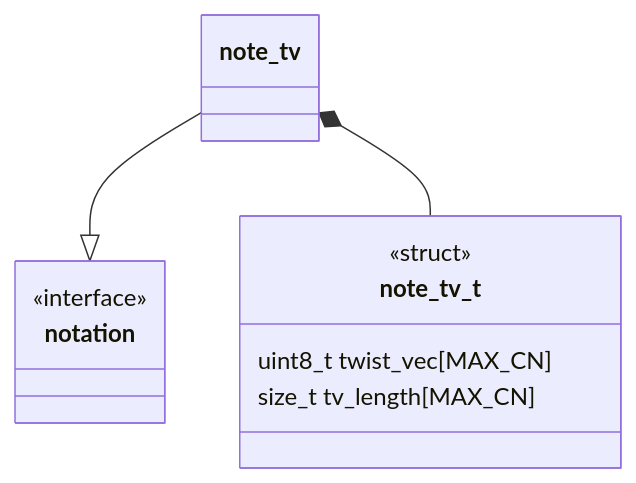
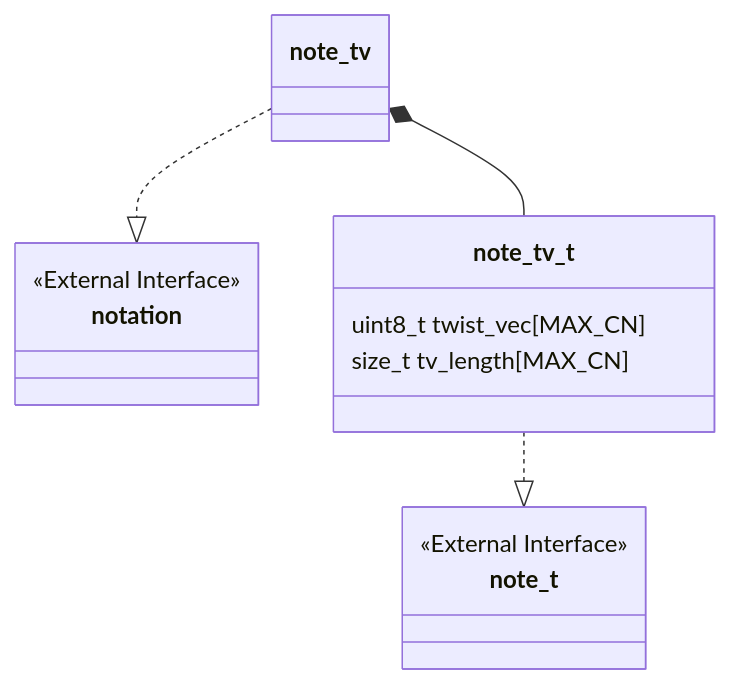
Before and after one commit to Joecstarr/thesis: the first of 4 diagrams in sections/software/documentation/notations/twist_vector.md, drawn with Mermaid. The commit also changed 17 other files, not shown here.

Commit message:
Improve: Adds decorators for class diagrams. Adds two computations for arborescent generation.

````diff
--- a/sections/software/documentation/notations/twist_vector.md
+++ b/sections/software/documentation/notations/twist_vector.md
@@ -8,15 +8,20 @@
 ```mermaid
 classDiagram
-    note_tv --|> notation
+    note_tv ..|> notation
     note_tv *-- note_tv_t
 
+    note_tv_t ..|> note_t
+    class note_t {
+        <<External Interface>>
+    }
+
     class note_tv_t {
-        <<struct>>
+
         uint8_t twist_vec[MAX_CN]
         size_t tv_length[MAX_CN]
     }
 
     class notation {
-        <<interface>>
+        <<External Interface>>
     }
 ```
````
